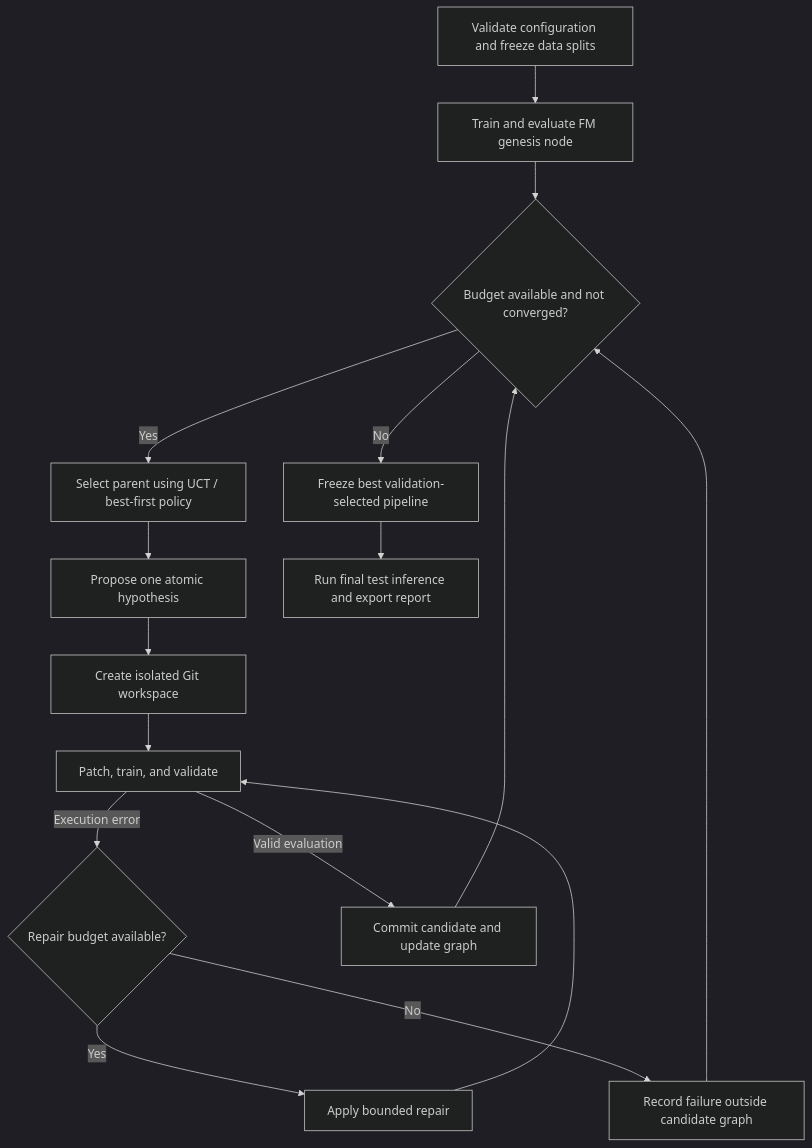
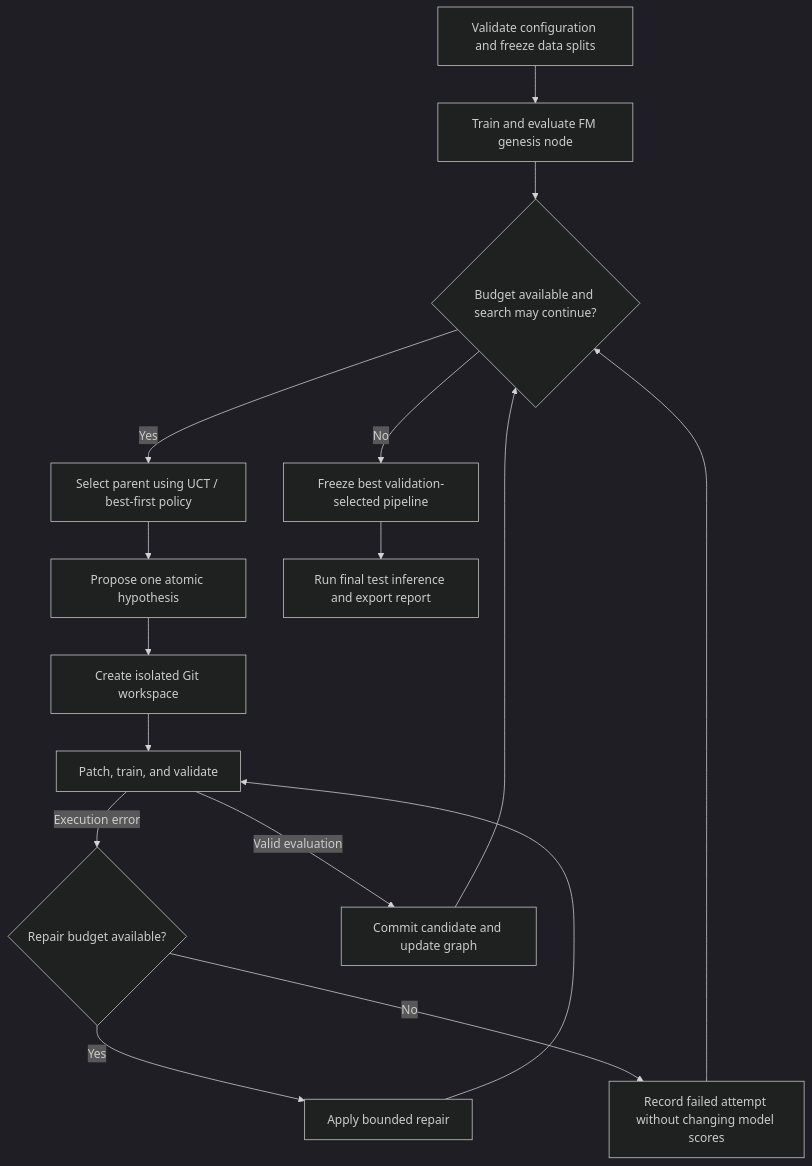
One commit to TikTokTechJam2026-Meeparino/ml-loop changed the diagram in README.md. Above: the diagram before and after it, drawn with Mermaid (dark theme). The commit also changed other lines of this file and 8 other files, not shown here.

````diff
--- a/README.md
+++ b/README.md
@@ -35,18 +35,18 @@
 ```mermaid
 flowchart TD
     A[Validate configuration and freeze data splits] --> B[Train and evaluate FM genesis node]
-    B --> C{Budget available and not converged?}
+    B --> C{Budget available and search may continue?}
     C -->|Yes| D[Select parent using UCT / best-first policy]
     D --> E[Propose one atomic hypothesis]
     E --> F[Create isolated Git workspace]
     F --> G[Patch, train, and validate]
     G -->|Execution error| H{Repair budget available?}
     H -->|Yes| I[Apply bounded repair]
     I --> G
-    H -->|No| J[Record failure outside candidate graph]
+    H -->|No| J[Record failed attempt without changing model scores]
     G -->|Valid evaluation| K[Commit candidate and update graph]
     J --> C
     K --> C
     C -->|No| L[Freeze best validation-selected pipeline]
     L --> M[Run final test inference and export report]
 ```
````
